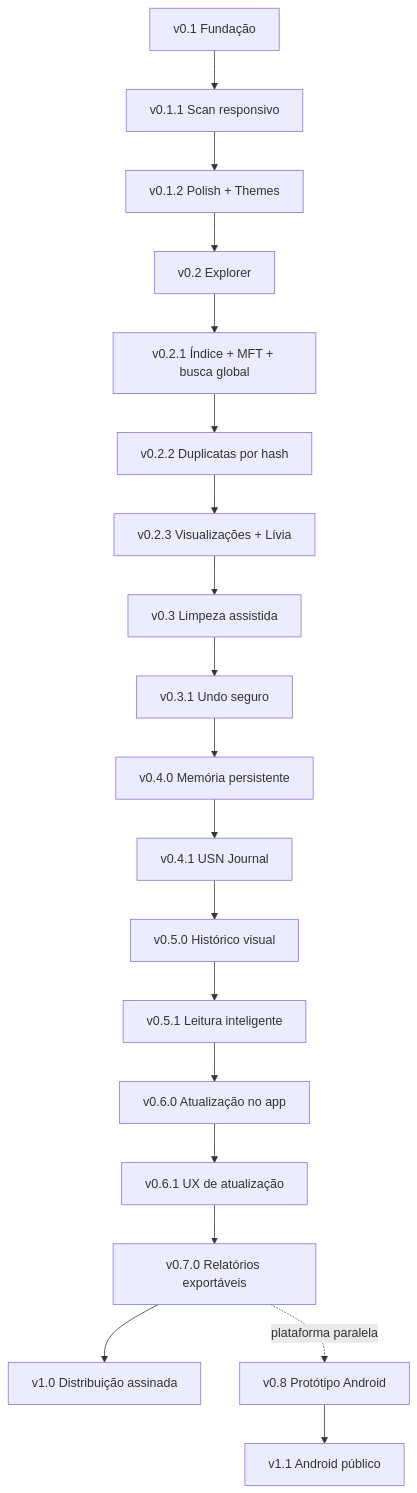
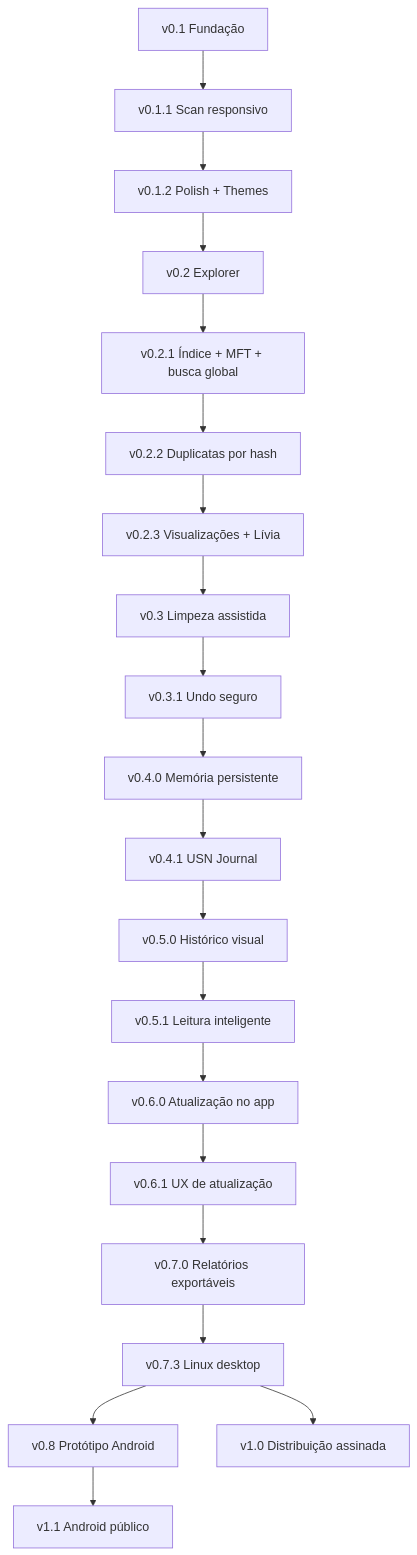
Before and after one commit to tombemol/L.I.V.I.A: diagram 11 of 11 in README.md, drawn with Mermaid. The commit also changed other lines of this file and 9 other files, not shown here.

First line of the commit message:
release: L.I.V.I.A. v0.7.3 Linux desktop

````diff
--- a/README.md
+++ b/README.md
@@ -589,21 +611,22 @@
 ```mermaid
 flowchart TD
     A[v0.1 Fundação] --> B[v0.1.1 Scan responsivo]
     B --> C[v0.1.2 Polish + Themes]
     C --> D[v0.2 Explorer]
     D --> E[v0.2.1 Índice + MFT + busca global]
     E --> F[v0.2.2 Duplicatas por hash]
     F --> V[v0.2.3 Visualizações + Lívia]
     V --> G[v0.3 Limpeza assistida]
     G --> U[v0.3.1 Undo seguro]
     U --> M[v0.4.0 Memória persistente]
     M --> H[v0.4.1 USN Journal]
     H --> V5[v0.5.0 Histórico visual]
     V5 --> V51[v0.5.1 Leitura inteligente]
     V51 --> V6[v0.6.0 Atualização no app]
     V6 --> V61[v0.6.1 UX de atualização]
     V61 --> V7[v0.7.0 Relatórios exportáveis]
-    V7 --> I[v1.0 Distribuição assinada]
-    V7 -. plataforma paralela .-> V8[v0.8 Protótipo Android]
+    V7 --> V73[v0.7.3 Linux desktop]
+    V73 --> V8[v0.8 Protótipo Android]
+    V73 --> I[v1.0 Distribuição assinada]
     V8 --> V11[v1.1 Android público]
 ```
````
